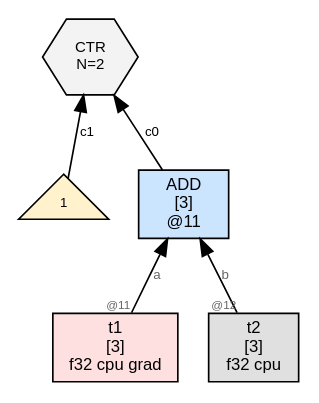
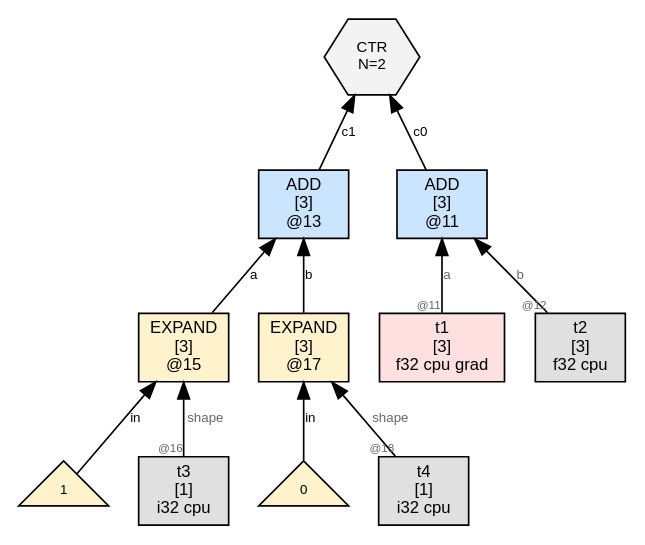
Before and after one commit to sw1sh/TinyHVM: the diagram in wl/examples/thvm_graphs/grad_rules/add/thvm_2_post_sweep.dot, drawn with Graphviz. The commit also changed 2087 other files, not shown here.

First line of the commit message:
grad: TEN matcher emits EXPAND(NUM, shape) for Jacobian leaves

```diff
--- a/wl/examples/thvm_graphs/grad_rules/add/thvm_2_post_sweep.dot
+++ b/wl/examples/thvm_graphs/grad_rules/add/thvm_2_post_sweep.dot
@@ -1,15 +1,27 @@
 digraph G {
   rankdir=BT;
   node [fontname="Helvetica", fontsize=10, style=filled, shape=box, margin="0.1,0.05"];
   edge [fontsize=8, fontname="Helvetica"];
 
   n11 [label="ADD\n[3]\n@11", shape=box, fillcolor="#cce5ff"];
   t1 [label="t1\n[3]\nf32 cpu grad",shape=box,fillcolor="#ffe0e0"];
   t1 -> n11 [label="a",taillabel="@11",labelfontsize=7,fontcolor="#666666"];
   t2 [label="t2\n[3]\nf32 cpu",shape=box,fillcolor="#e0e0e0"];
   t2 -> n11 [label="b",taillabel="@12",labelfontsize=7,fontcolor="#666666"];
+  n13 [label="ADD\n[3]\n@13", shape=box, fillcolor="#cce5ff"];
+  n15 -> n13 [label="a"];
+  n17 -> n13 [label="b"];
   ctr6 [label="CTR\nN=2", shape=hexagon, fillcolor="#f3f3f3", fontsize=9];
   n11 -> ctr6 [label="c0"];
-  num_ctr6_7 [label="1",shape=triangle,fillcolor="#fff2cc",fontsize=8];
-  num_ctr6_7 -> ctr6 [label="c1"];
+  n13 -> ctr6 [label="c1"];
+  n15 [label="EXPAND\n[3]\n@15", shape=box, fillcolor="#fff3cd"];
+  num15_0 [label="1",shape=triangle,fillcolor="#fff2cc",fontsize=8];
+  num15_0 -> n15 [label="in"];
+  t3 [label="t3\n[1]\ni32 cpu",shape=box,fillcolor="#e0e0e0"];
+  t3 -> n15 [label="shape",taillabel="@16",labelfontsize=7,fontcolor="#666666"];
+  n17 [label="EXPAND\n[3]\n@17", shape=box, fillcolor="#fff3cd"];
+  num17_0 [label="0",shape=triangle,fillcolor="#fff2cc",fontsize=8];
+  num17_0 -> n17 [label="in"];
+  t4 [label="t4\n[1]\ni32 cpu",shape=box,fillcolor="#e0e0e0"];
+  t4 -> n17 [label="shape",taillabel="@18",labelfontsize=7,fontcolor="#666666"];
 }
```
